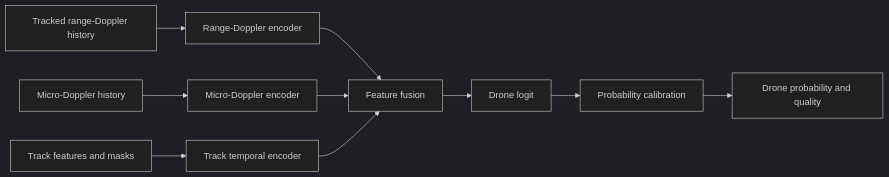
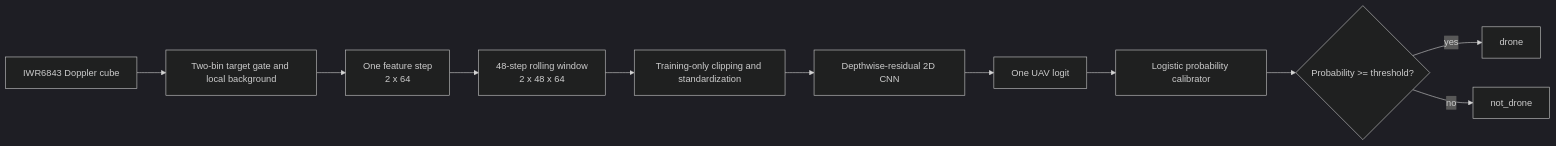
Before and after one commit to TheTigerII/Radar-UREx: the diagram in AI.md, drawn with Mermaid (dark theme). The commit also changed other lines of this file and 2 other files, not shown here.

````diff
--- a/AI.md
+++ b/AI.md
@@ -31,12 +18,13 @@
 ```mermaid
 flowchart LR
-    A[Tracked range-Doppler history] --> D[Range-Doppler encoder]
-    B[Micro-Doppler history] --> E[Micro-Doppler encoder]
-    C[Track features and masks] --> F[Track temporal encoder]
-    D --> G[Feature fusion]
-    E --> G
-    F --> G
-    G --> H[Drone logit]
-    H --> I[Probability calibration]
-    I --> J[Drone probability and quality]
+    A[IWR6843 Doppler cube] --> B[Two-bin target gate and local background]
+    B --> C[One feature step<br/>2 x 64]
+    C --> D[48-step rolling window<br/>2 x 48 x 64]
+    D --> E[Training-only clipping and standardization]
+    E --> F[Depthwise-residual 2D CNN]
+    F --> G[One UAV logit]
+    G --> H[Logistic probability calibrator]
+    H --> I{Probability >= threshold?}
+    I -->|yes| J[drone]
+    I -->|no| K[not_drone]
 ```
````
